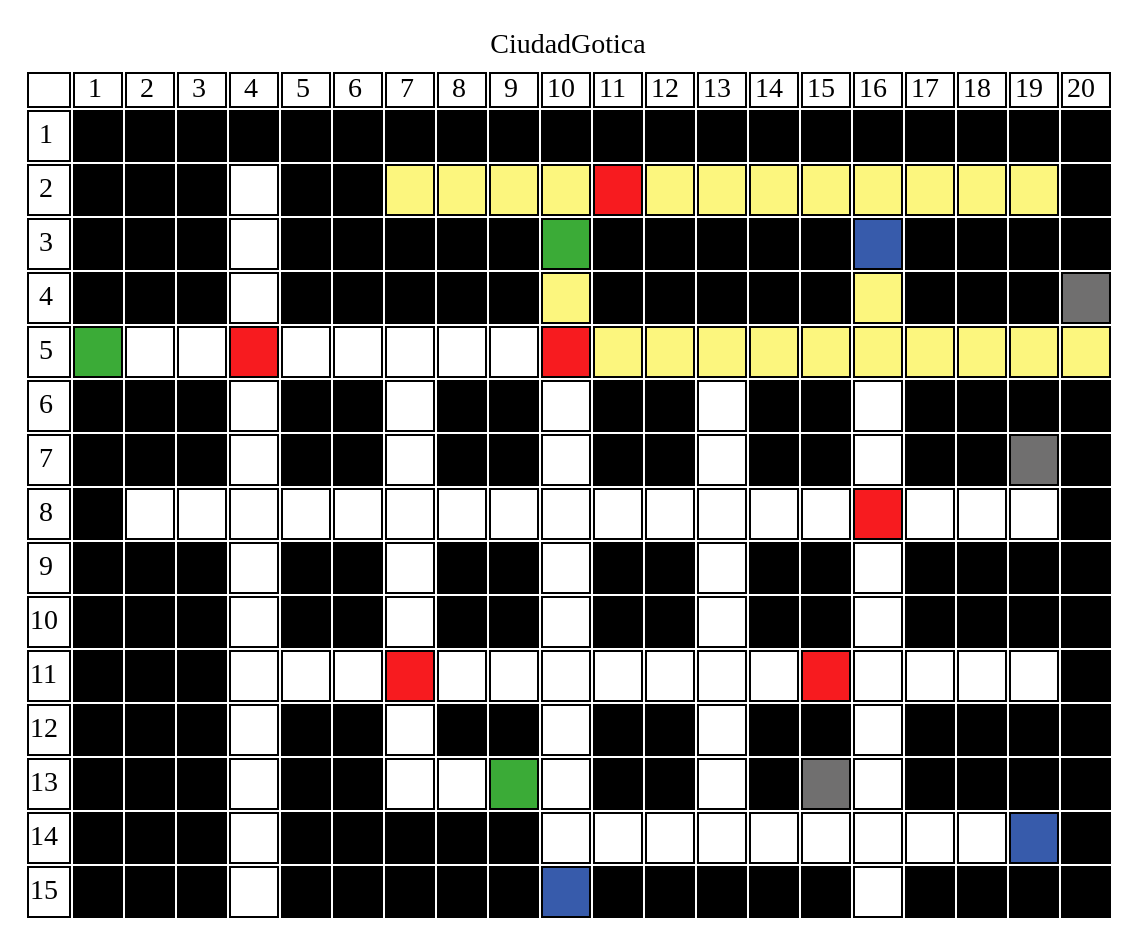
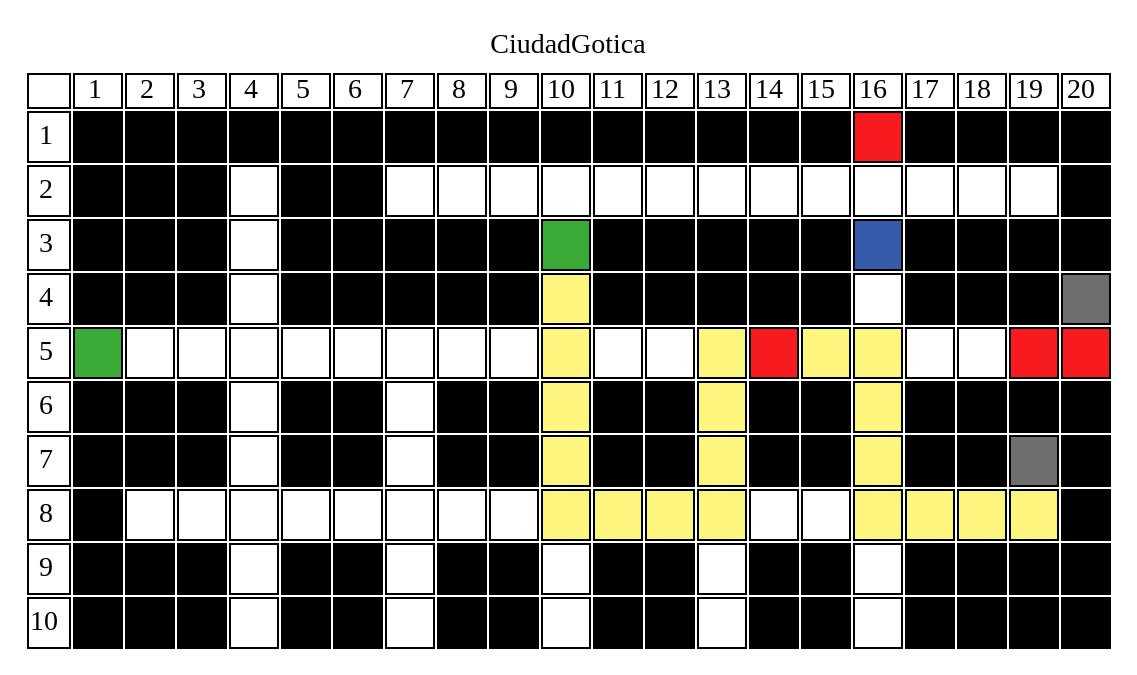
One commit to Dgo45921/IPC2_Proyecto2_202003585 changed the diagram in texto_dot.dot. Above: the diagram before and after it, drawn with Graphviz. The commit also changed 5 other files, not shown here.

```diff
--- a/texto_dot.dot
+++ b/texto_dot.dot
@@ -1,9 +1,9 @@
   
-                digraph html {
-                labelloc="t";
-                label="CiudadGotica";
-                tabla [shape=none, margin=0, label=<
-                <TABLE BORDER="0" CELLBORDER="1" CELLSPACING="2" CELLPADDING="4">
+                    digraph html {
+                    labelloc="t";
+                    label="CiudadGotica";
+                    tabla [shape=none, margin=0, label=<
+                    <TABLE BORDER="0" CELLBORDER="1" CELLSPACING="2" CELLPADDING="4">
 <TR>
 <TD CELLPADDING="0.1"></TD>
 <TD CELLPADDING="0.1">1</TD>
@@ -43,7 +43,7 @@
 <TD BGCOLOR="black">   </TD>
 <TD BGCOLOR="black">   </TD>
 <TD BGCOLOR="black">   </TD>
-<TD BGCOLOR="black">   </TD>
+<TD BGCOLOR="#f71b1f">   </TD>
 <TD BGCOLOR="black">   </TD>
 <TD BGCOLOR="black">   </TD>
 <TD BGCOLOR="black">   </TD>
@@ -56,19 +56,19 @@
 <TD>   </TD>
 <TD BGCOLOR="black">   </TD>
 <TD BGCOLOR="black">   </TD>
-<TD BGCOLOR = "#fcf67e">   </TD>
-<TD BGCOLOR = "#fcf67e">   </TD>
-<TD BGCOLOR = "#fcf67e">   </TD>
-<TD BGCOLOR = "#fcf67e">   </TD>
-<TD BGCOLOR="#f71b1f">   </TD>
-<TD BGCOLOR = "#fcf67e">   </TD>
-<TD BGCOLOR = "#fcf67e">   </TD>
-<TD BGCOLOR = "#fcf67e">   </TD>
-<TD BGCOLOR = "#fcf67e">   </TD>
-<TD BGCOLOR = "#fcf67e">   </TD>
-<TD BGCOLOR = "#fcf67e">   </TD>
-<TD BGCOLOR = "#fcf67e">   </TD>
-<TD BGCOLOR = "#fcf67e">   </TD>
+<TD>   </TD>
+<TD>   </TD>
+<TD>   </TD>
+<TD>   </TD>
+<TD>   </TD>
+<TD>   </TD>
+<TD>   </TD>
+<TD>   </TD>
+<TD>   </TD>
+<TD>   </TD>
+<TD>   </TD>
+<TD>   </TD>
+<TD>   </TD>
 <TD BGCOLOR="black">   </TD>
 </TR>
 <TR><TD CELLPADDING="0.1">3</TD>
@@ -109,7 +109,7 @@
 <TD BGCOLOR="black">   </TD>
 <TD BGCOLOR="black">   </TD>
 <TD BGCOLOR="black">   </TD>
-<TD BGCOLOR = "#fcf67e">   </TD>
+<TD>   </TD>
 <TD BGCOLOR="black">   </TD>
 <TD BGCOLOR="black">   </TD>
 <TD BGCOLOR="black">   </TD>
@@ -119,23 +119,23 @@
 <TD BGCOLOR="#3bab37">   </TD>
 <TD>   </TD>
 <TD>   </TD>
-<TD BGCOLOR="#f71b1f">   </TD>
 <TD>   </TD>
 <TD>   </TD>
 <TD>   </TD>
 <TD>   </TD>
 <TD>   </TD>
+<TD>   </TD>
+<TD BGCOLOR = "#fcf67e">   </TD>
+<TD>   </TD>
+<TD>   </TD>
+<TD BGCOLOR = "#fcf67e">   </TD>
 <TD BGCOLOR="#f71b1f">   </TD>
 <TD BGCOLOR = "#fcf67e">   </TD>
 <TD BGCOLOR = "#fcf67e">   </TD>
-<TD BGCOLOR = "#fcf67e">   </TD>
-<TD BGCOLOR = "#fcf67e">   </TD>
-<TD BGCOLOR = "#fcf67e">   </TD>
-<TD BGCOLOR = "#fcf67e">   </TD>
-<TD BGCOLOR = "#fcf67e">   </TD>
-<TD BGCOLOR = "#fcf67e">   </TD>
-<TD BGCOLOR = "#fcf67e">   </TD>
-<TD BGCOLOR = "#fcf67e">   </TD>
+<TD>   </TD>
+<TD>   </TD>
+<TD BGCOLOR="#f71b1f">   </TD>
+<TD BGCOLOR="#f71b1f">   </TD>
 </TR>
 <TR><TD CELLPADDING="0.1">6</TD>
 <TD BGCOLOR="black">   </TD>
@@ -147,13 +147,13 @@
 <TD>   </TD>
 <TD BGCOLOR="black">   </TD>
 <TD BGCOLOR="black">   </TD>
-<TD>   </TD>
+<TD BGCOLOR = "#fcf67e">   </TD>
 <TD BGCOLOR="black">   </TD>
 <TD BGCOLOR="black">   </TD>
-<TD>   </TD>
+<TD BGCOLOR = "#fcf67e">   </TD>
 <TD BGCOLOR="black">   </TD>
 <TD BGCOLOR="black">   </TD>
-<TD>   </TD>
+<TD BGCOLOR = "#fcf67e">   </TD>
 <TD BGCOLOR="black">   </TD>
 <TD BGCOLOR="black">   </TD>
 <TD BGCOLOR="black">   </TD>
@@ -169,13 +169,13 @@
 <TD>   </TD>
 <TD BGCOLOR="black">   </TD>
 <TD BGCOLOR="black">   </TD>
-<TD>   </TD>
+<TD BGCOLOR = "#fcf67e">   </TD>
 <TD BGCOLOR="black">   </TD>
 <TD BGCOLOR="black">   </TD>
-<TD>   </TD>
+<TD BGCOLOR = "#fcf67e">   </TD>
 <TD BGCOLOR="black">   </TD>
 <TD BGCOLOR="black">   </TD>
-<TD>   </TD>
+<TD BGCOLOR = "#fcf67e">   </TD>
 <TD BGCOLOR="black">   </TD>
 <TD BGCOLOR="black">   </TD>
 <TD BGCOLOR="#706f6f">   </TD>
@@ -191,16 +191,16 @@
 <TD>   </TD>
 <TD>   </TD>
 <TD>   </TD>
+<TD BGCOLOR = "#fcf67e">   </TD>
+<TD BGCOLOR = "#fcf67e">   </TD>
+<TD BGCOLOR = "#fcf67e">   </TD>
+<TD BGCOLOR = "#fcf67e">   </TD>
 <TD>   </TD>
 <TD>   </TD>
-<TD>   </TD>
-<TD>   </TD>
-<TD>   </TD>
-<TD>   </TD>
-<TD BGCOLOR="#f71b1f">   </TD>
-<TD>   </TD>
-<TD>   </TD>
-<TD>   </TD>
+<TD BGCOLOR = "#fcf67e">   </TD>
+<TD BGCOLOR = "#fcf67e">   </TD>
+<TD BGCOLOR = "#fcf67e">   </TD>
+<TD BGCOLOR = "#fcf67e">   </TD>
 <TD BGCOLOR="black">   </TD>
 </TR>
 <TR><TD CELLPADDING="0.1">9</TD>
@@ -247,114 +247,4 @@
 <TD BGCOLOR="black">   </TD>
 <TD BGCOLOR="black">   </TD>
 </TR>
-<TR><TD CELLPADDING="0.1">11</TD>
-<TD BGCOLOR="black">   </TD>
-<TD BGCOLOR="black">   </TD>
-<TD BGCOLOR="black">   </TD>
-<TD>   </TD>
-<TD>   </TD>
-<TD>   </TD>
-<TD BGCOLOR="#f71b1f">   </TD>
-<TD>   </TD>
-<TD>   </TD>
-<TD>   </TD>
-<TD>   </TD>
-<TD>   </TD>
-<TD>   </TD>
-<TD>   </TD>
-<TD BGCOLOR="#f71b1f">   </TD>
-<TD>   </TD>
-<TD>   </TD>
-<TD>   </TD>
-<TD>   </TD>
-<TD BGCOLOR="black">   </TD>
-</TR>
-<TR><TD CELLPADDING="0.1">12</TD>
-<TD BGCOLOR="black">   </TD>
-<TD BGCOLOR="black">   </TD>
-<TD BGCOLOR="black">   </TD>
-<TD>   </TD>
-<TD BGCOLOR="black">   </TD>
-<TD BGCOLOR="black">   </TD>
-<TD>   </TD>
-<TD BGCOLOR="black">   </TD>
-<TD BGCOLOR="black">   </TD>
-<TD>   </TD>
-<TD BGCOLOR="black">   </TD>
-<TD BGCOLOR="black">   </TD>
-<TD>   </TD>
-<TD BGCOLOR="black">   </TD>
-<TD BGCOLOR="black">   </TD>
-<TD>   </TD>
-<TD BGCOLOR="black">   </TD>
-<TD BGCOLOR="black">   </TD>
-<TD BGCOLOR="black">   </TD>
-<TD BGCOLOR="black">   </TD>
-</TR>
-<TR><TD CELLPADDING="0.1">13</TD>
-<TD BGCOLOR="black">   </TD>
-<TD BGCOLOR="black">   </TD>
-<TD BGCOLOR="black">   </TD>
-<TD>   </TD>
-<TD BGCOLOR="black">   </TD>
-<TD BGCOLOR="black">   </TD>
-<TD>   </TD>
-<TD>   </TD>
-<TD BGCOLOR="#3bab37">   </TD>
-<TD>   </TD>
-<TD BGCOLOR="black">   </TD>
-<TD BGCOLOR="black">   </TD>
-<TD>   </TD>
-<TD BGCOLOR="black">   </TD>
-<TD BGCOLOR="#706f6f">   </TD>
-<TD>   </TD>
-<TD BGCOLOR="black">   </TD>
-<TD BGCOLOR="black">   </TD>
-<TD BGCOLOR="black">   </TD>
-<TD BGCOLOR="black">   </TD>
-</TR>
-<TR><TD CELLPADDING="0.1">14</TD>
-<TD BGCOLOR="black">   </TD>
-<TD BGCOLOR="black">   </TD>
-<TD BGCOLOR="black">   </TD>
-<TD>   </TD>
-<TD BGCOLOR="black">   </TD>
-<TD BGCOLOR="black">   </TD>
-<TD BGCOLOR="black">   </TD>
-<TD BGCOLOR="black">   </TD>
-<TD BGCOLOR="black">   </TD>
-<TD>   </TD>
-<TD>   </TD>
-<TD>   </TD>
-<TD>   </TD>
-<TD>   </TD>
-<TD>   </TD>
-<TD>   </TD>
-<TD>   </TD>
-<TD>   </TD>
-<TD BGCOLOR="#375bab">   </TD>
-<TD BGCOLOR="black">   </TD>
-</TR>
-<TR><TD CELLPADDING="0.1">15</TD>
-<TD BGCOLOR="black">   </TD>
-<TD BGCOLOR="black">   </TD>
-<TD BGCOLOR="black">   </TD>
-<TD>   </TD>
-<TD BGCOLOR="black">   </TD>
-<TD BGCOLOR="black">   </TD>
-<TD BGCOLOR="black">   </TD>
-<TD BGCOLOR="black">   </TD>
-<TD BGCOLOR="black">   </TD>
-<TD BGCOLOR="#375bab">   </TD>
-<TD BGCOLOR="black">   </TD>
-<TD BGCOLOR="black">   </TD>
-<TD BGCOLOR="black">   </TD>
-<TD BGCOLOR="black">   </TD>
-<TD BGCOLOR="black">   </TD>
-<TD>   </TD>
-<TD BGCOLOR="black">   </TD>
-<TD BGCOLOR="black">   </TD>
-<TD BGCOLOR="black">   </TD>
-<TD BGCOLOR="black">   </TD>
-</TR>
 </TABLE>>];}
```
